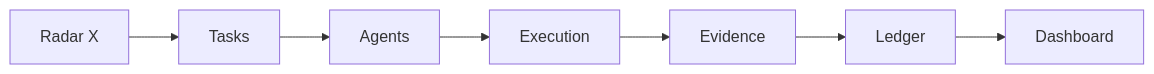
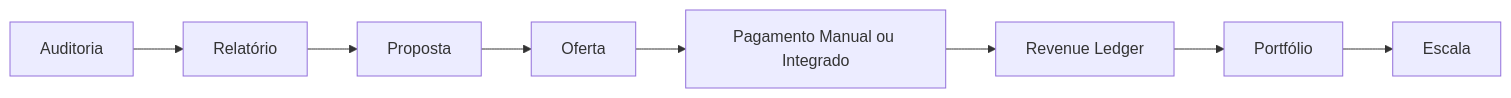
Before and after one commit to xpex-systems-ai/GXEON-AI: the fourth of 4 diagrams in README.md, drawn with Mermaid. The commit also changed other lines of this file, not shown here.

````diff
--- a/README.md
+++ b/README.md
@@ -108,9 +369,10 @@
 ```mermaid
 flowchart LR
-  Radar[Radar X] --> Tasks[Tasks]
-  Tasks --> Agents[Agents]
-  Agents --> Execution[Execution]
-  Execution --> Evidence[Evidence]
-  Evidence --> Ledger[Ledger]
-  Ledger --> Dashboard[Dashboard]
+    Audit[Auditoria] --> Report[Relatório]
+    Report --> Proposal[Proposta]
+    Proposal --> Offer[Oferta]
+    Offer --> Payment[Pagamento Manual ou Integrado]
+    Payment --> Ledger[Revenue Ledger]
+    Ledger --> Portfolio[Portfólio]
+    Portfolio --> Scale[Escala]
 ```
````
